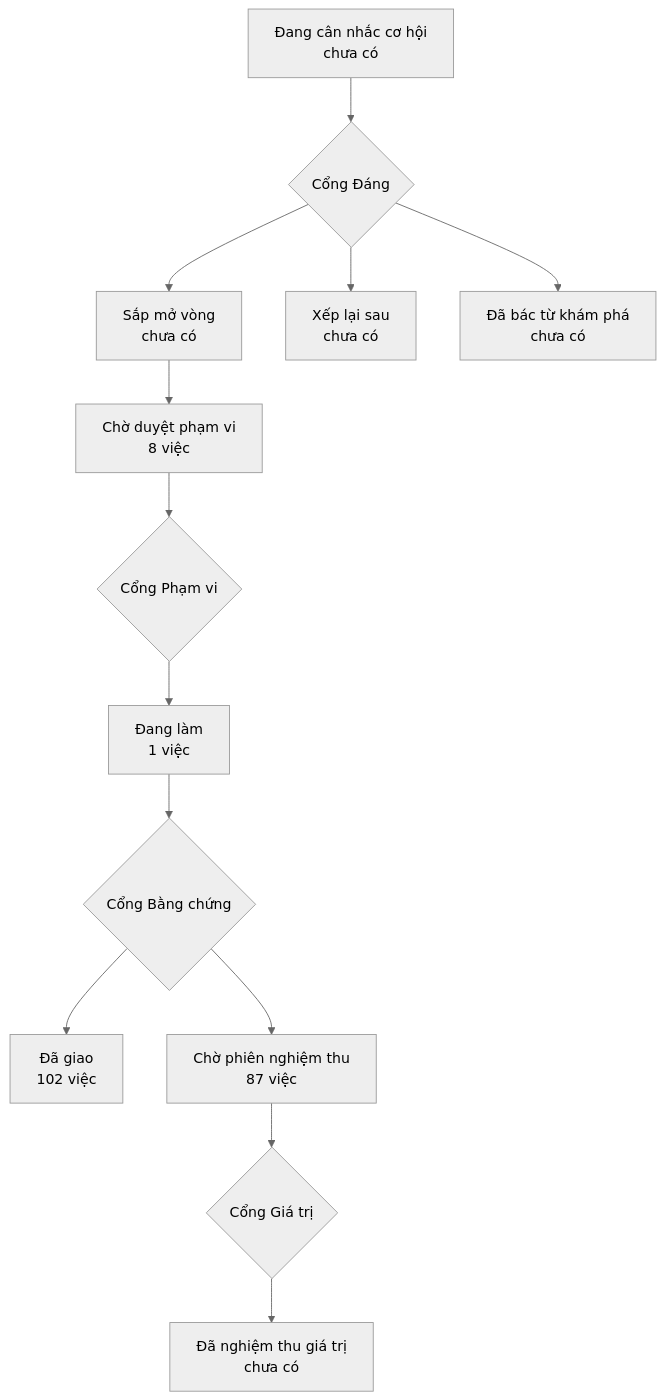
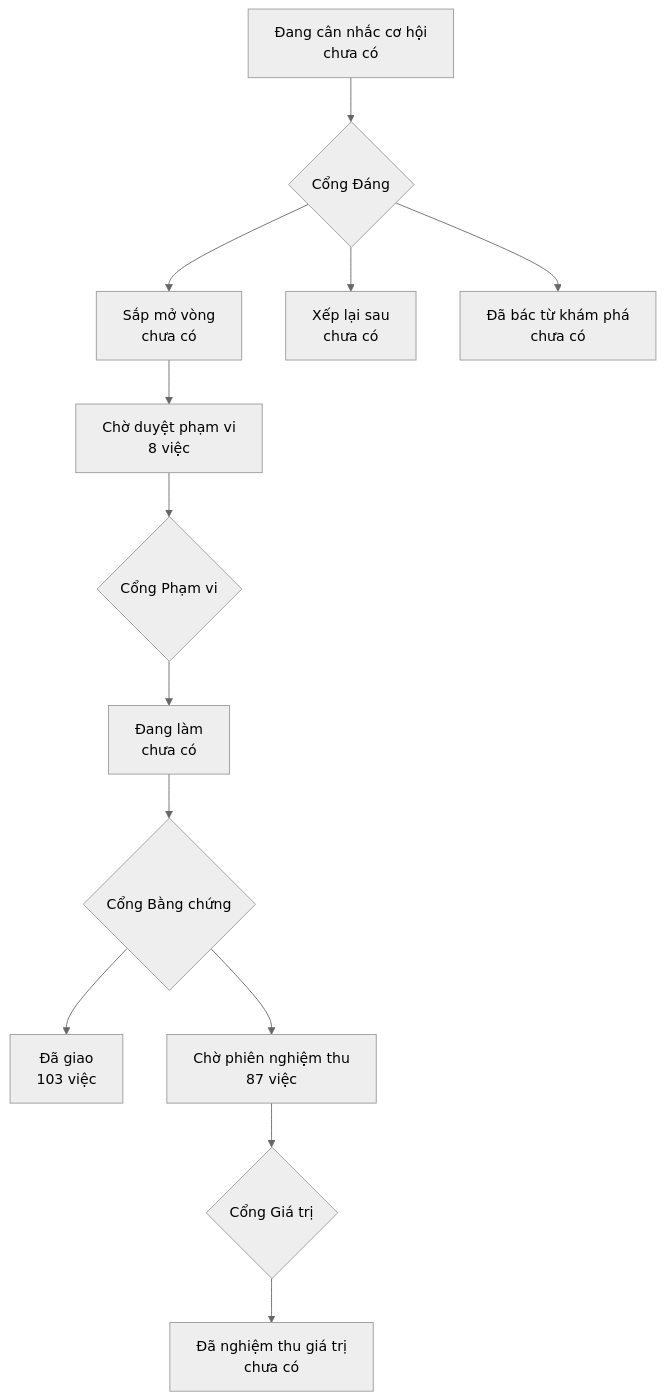
One commit to phanlemanh/onehub-invest changed the diagram in PRODUCT-MAP.md. Above: the diagram before and after it, drawn with Mermaid (neutral theme). The commit also changed other lines of this file and 7 other files, not shown here.

````diff
--- a/PRODUCT-MAP.md
+++ b/PRODUCT-MAP.md
@@ -7,12 +7,12 @@
 ```mermaid
 flowchart TD
   A["Đang cân nhắc cơ hội<br/>chưa có"] --> GD{"Cổng Đáng"}
   GD --> B["Sắp mở vòng<br/>chưa có"]
   GD --> XL["Xếp lại sau<br/>chưa có"]
   GD --> DB["Đã bác từ khám phá<br/>chưa có"]
   B --> CD["Chờ duyệt phạm vi<br/>8 việc"] --> GP{"Cổng Phạm vi"}
-  GP --> DL["Đang làm<br/>1 việc"] --> GB{"Cổng Bằng chứng"}
-  GB --> DG["Đã giao<br/>102 việc"]
+  GP --> DL["Đang làm<br/>chưa có"] --> GB{"Cổng Bằng chứng"}
+  GB --> DG["Đã giao<br/>103 việc"]
   GB --> CN["Chờ phiên nghiệm thu<br/>87 việc"] --> GG{"Cổng Giá trị"}
   GG --> NT["Đã nghiệm thu giá trị<br/>chưa có"]
 ```
````
